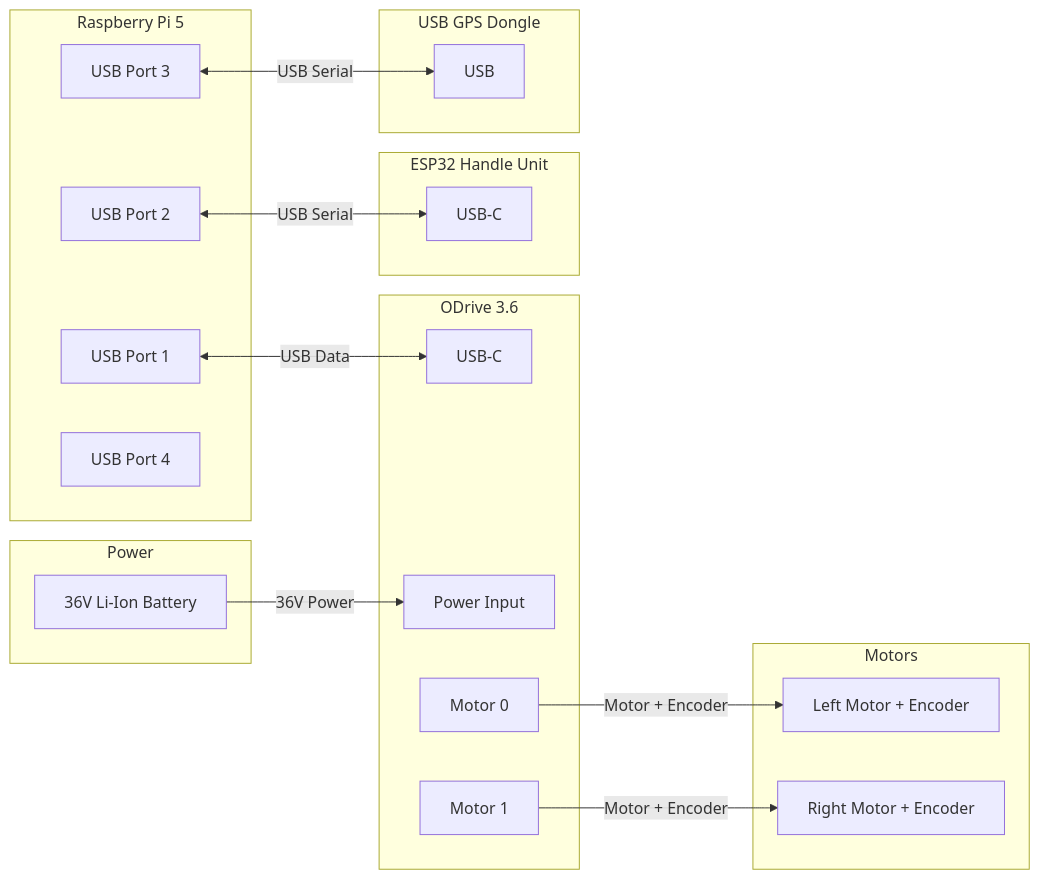
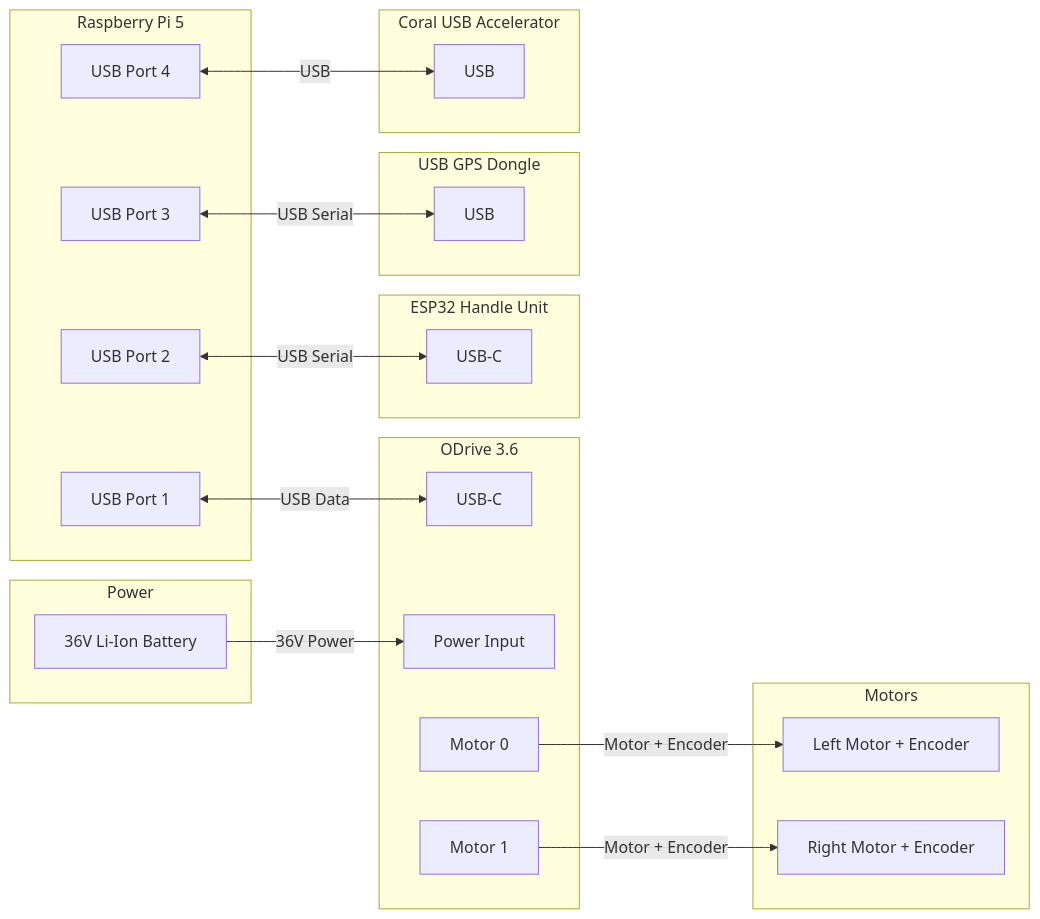
One commit to schmidt-daniel/golfcart-ai changed the first of 2 diagrams in docs/wiring.md. Above: the diagram before and after it, drawn with Mermaid. The commit also changed other lines of this file and 5 other files, not shown here.

First line of the commit message:
docs: camera vision decision - drop RealSense, use Pi Camera + Coral USB

````diff
--- a/docs/wiring.md
+++ b/docs/wiring.md
@@ -24,40 +24,45 @@
 ```mermaid
 graph LR
     subgraph Power
         BAT[36V Li-Ion Battery]
     end
 
     subgraph RPi[Raspberry Pi 5]
         RPI_USB1[USB Port 1]
         RPI_USB2[USB Port 2]
         RPI_USB3[USB Port 3]
         RPI_USB4[USB Port 4]
     end
 
     subgraph ODrive[ODrive 3.6]
         ODRIVE_USB[USB-C]
         ODRIVE_PWR[Power Input]
         ODRIVE_M0[Motor 0]
         ODRIVE_M1[Motor 1]
     end
 
     subgraph Motors
         M0[Left Motor + Encoder]
         M1[Right Motor + Encoder]
     end
 
     subgraph Handle[ESP32 Handle Unit]
         HANDLE_USB[USB-C]
     end
 
     subgraph GPS[USB GPS Dongle]
         GPS_USB[USB]
     end
 
+    subgraph Coral[Coral USB Accelerator]
+        CORAL_USB[USB]
+    end
+
     BAT -->|36V Power| ODRIVE_PWR
     RPI_USB1 <-->|USB Data| ODRIVE_USB
     ODRIVE_M0 -->|Motor + Encoder| M0
     ODRIVE_M1 -->|Motor + Encoder| M1
     RPI_USB2 <-->|USB Serial| HANDLE_USB
     RPI_USB3 <-->|USB Serial| GPS_USB
+    RPI_USB4 <-->|USB| CORAL_USB
 ```
````
